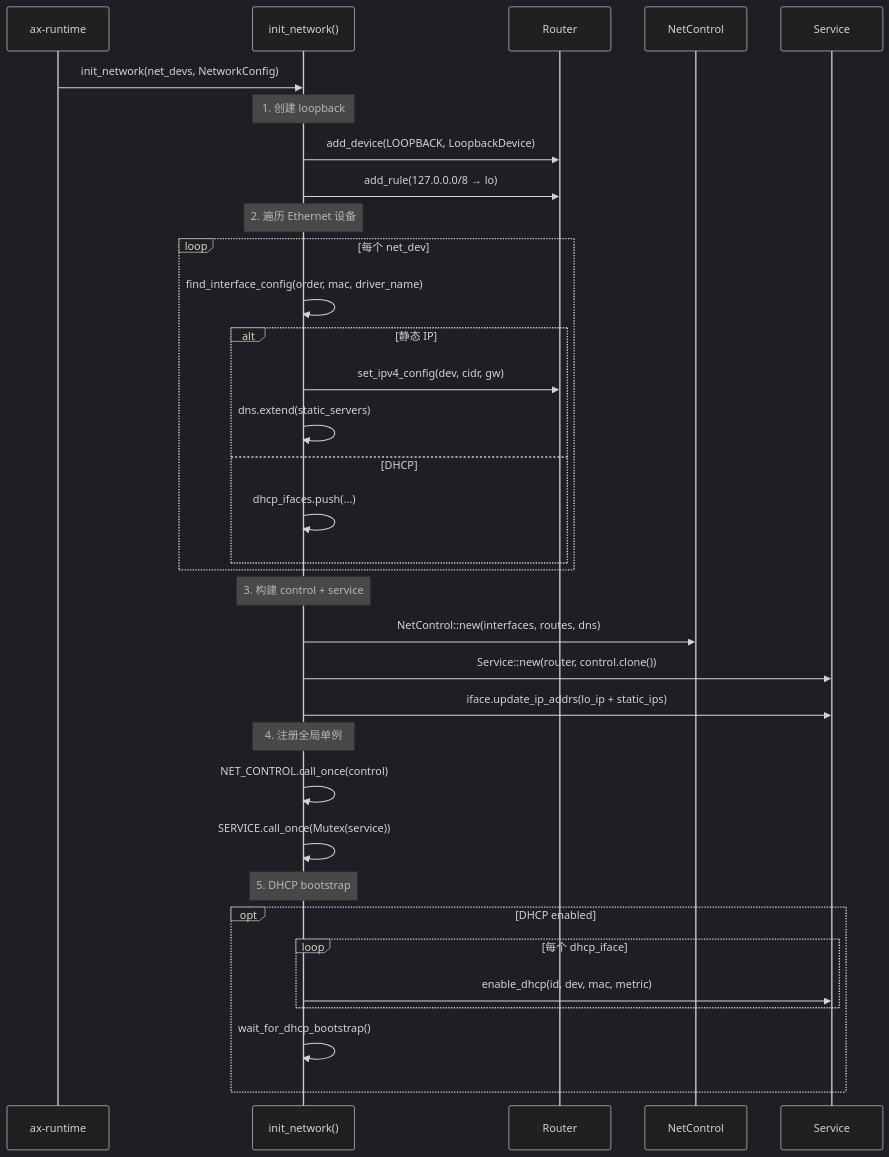
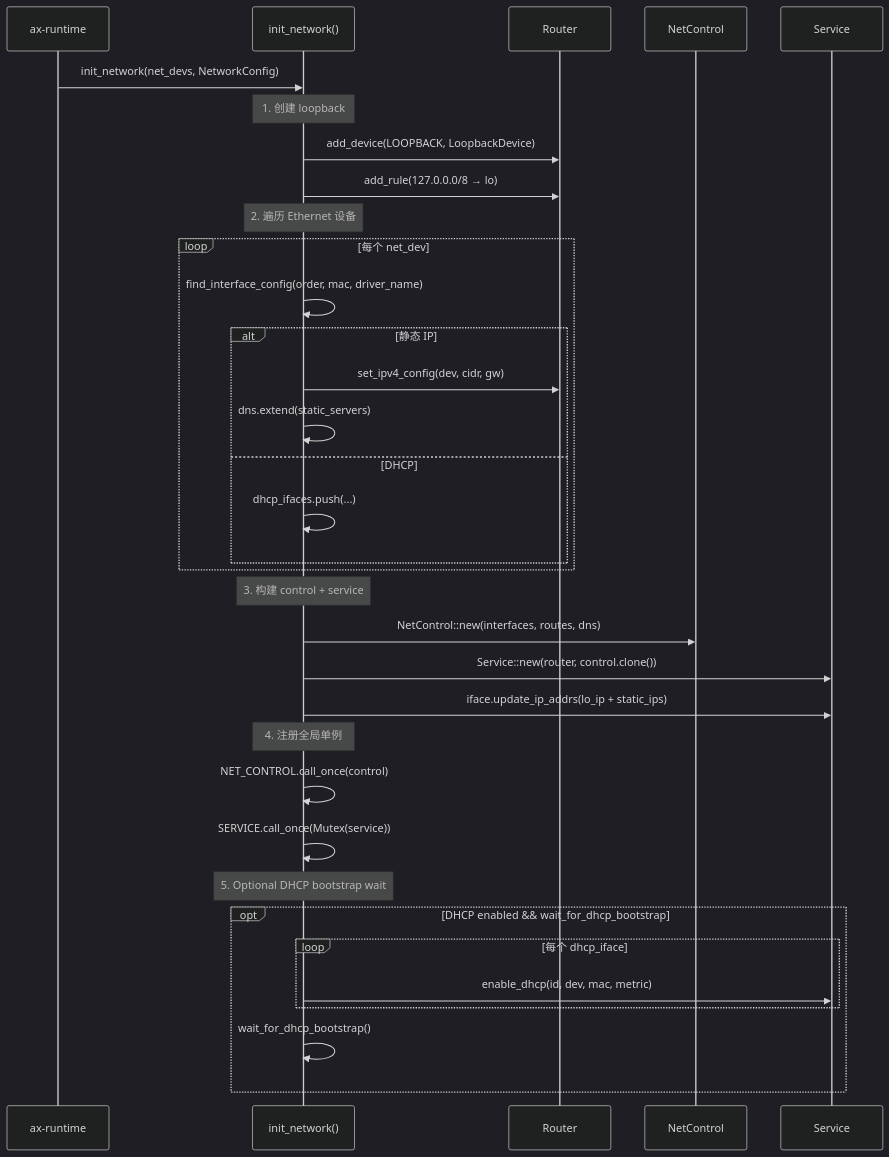
Before and after one commit to rcore-os/tgoskits: the second of 3 diagrams in docs/docs/architecture/net/control.md, drawn with Mermaid (dark theme). The commit also changed other lines of this file and 12 other files, not shown here.

Commit message:
fix(ax-net): make DHCP bootstrap wait optional and improve TCP accept and poll scheduling

````diff
--- a/docs/docs/architecture/net/control.md
+++ b/docs/docs/architecture/net/control.md
@@ -60,42 +60,42 @@
 ```mermaid
 sequenceDiagram
     participant Runtime as ax-runtime
     participant Lib as init_network()
     participant Router as Router
     participant Control as NetControl
     participant Service as Service
 
     Runtime->>Lib: init_network(net_devs, NetworkConfig)
 
     Note over Lib: 1. 创建 loopback
     Lib->>Router: add_device(LOOPBACK, LoopbackDevice)
     Lib->>Router: add_rule(127.0.0.0/8 → lo)
 
     Note over Lib: 2. 遍历 Ethernet 设备
     loop 每个 net_dev
         Lib->>Lib: find_interface_config(order, mac, driver_name)
         alt 静态 IP
             Lib->>Router: set_ipv4_config(dev, cidr, gw)
             Lib->>Lib: dns.extend(static_servers)
         else DHCP
             Lib->>Lib: dhcp_ifaces.push(...)
         end
     end
 
     Note over Lib: 3. 构建 control + service
     Lib->>Control: NetControl::new(interfaces, routes, dns)
     Lib->>Service: Service::new(router, control.clone())
     Lib->>Service: iface.update_ip_addrs(lo_ip + static_ips)
 
     Note over Lib: 4. 注册全局单例
     Lib->>Lib: NET_CONTROL.call_once(control)
     Lib->>Lib: SERVICE.call_once(Mutex(service))
 
-    Note over Lib: 5. DHCP bootstrap
-    opt DHCP enabled
+    Note over Lib: 5. Optional DHCP bootstrap wait
+    opt DHCP enabled && wait_for_dhcp_bootstrap
         loop 每个 dhcp_iface
             Lib->>Service: enable_dhcp(id, dev, mac, metric)
         end
         Lib->>Lib: wait_for_dhcp_bootstrap()
     end
 ```
````
